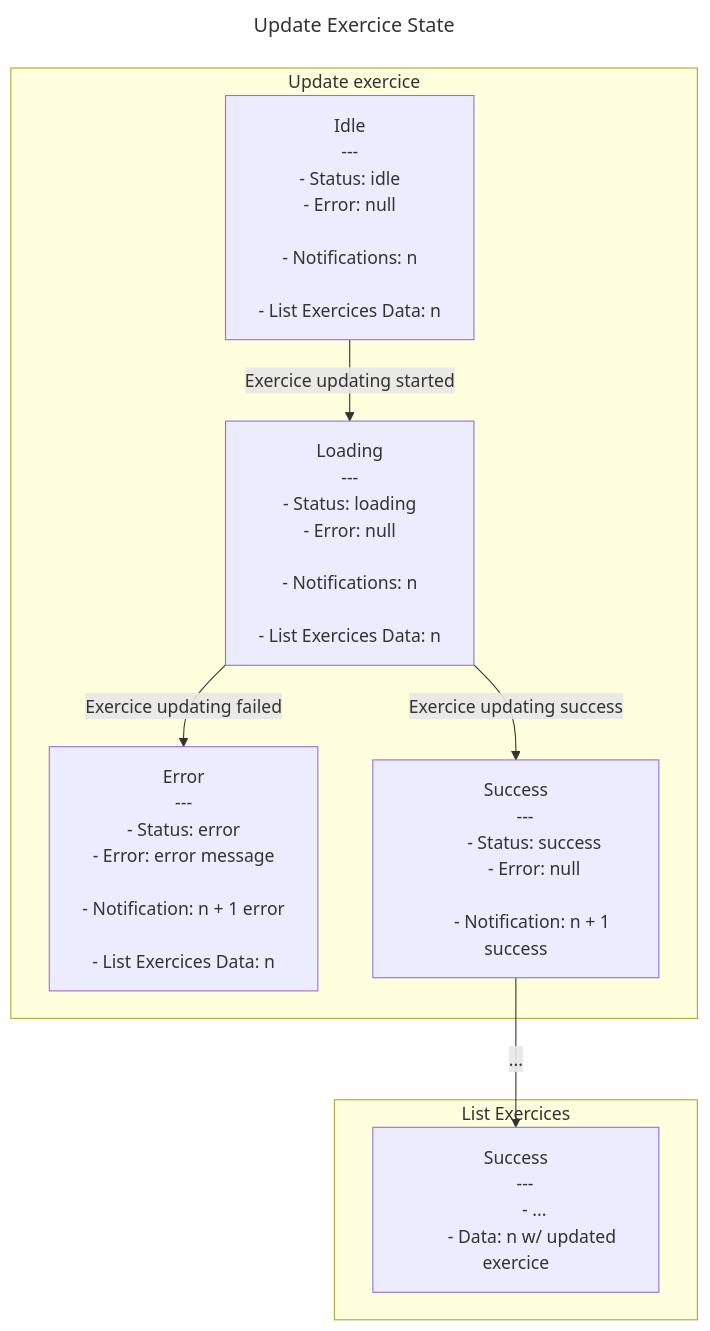
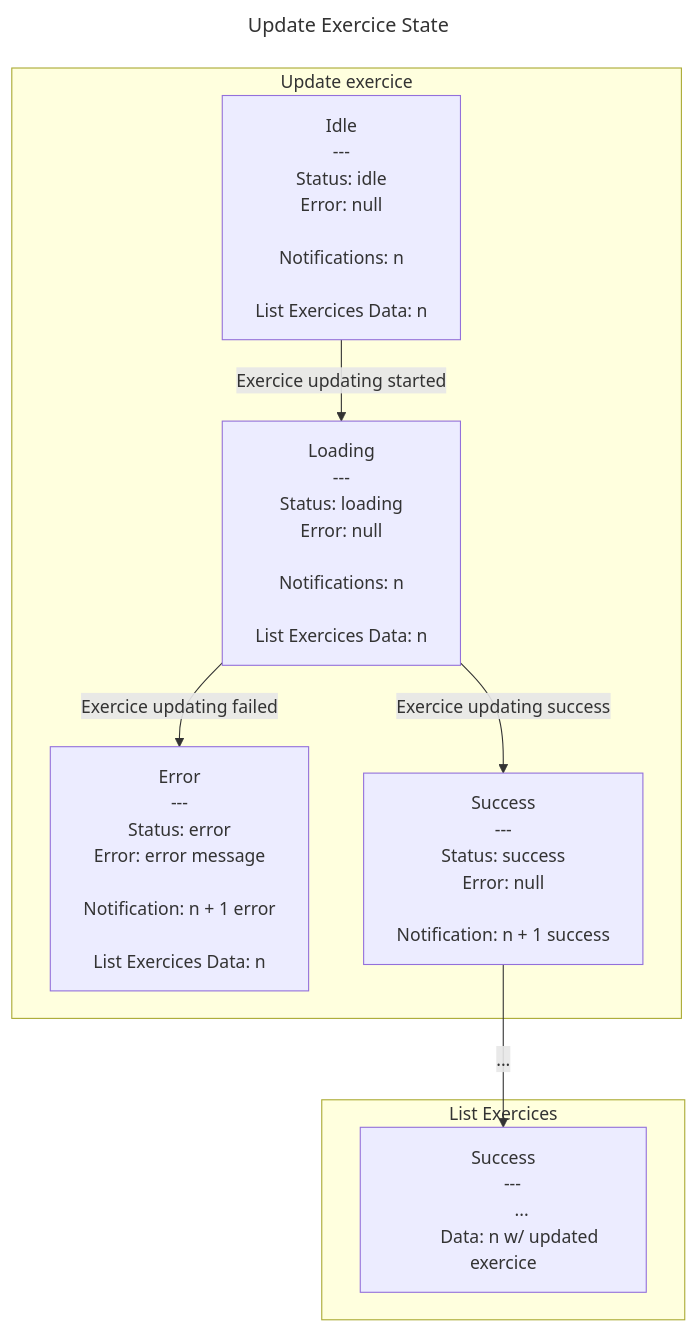
Before and after one commit to davidroberto/react-redux-clean-architecture-tdd-eda-vertical-slices: the diagram in src/exercice/features/update-exercice/update-exercice.state-machine.md, drawn with Mermaid. The commit also changed 5 other files, not shown here.

Commit message:
doc: update fsm diagram for prevent the list md render error

````diff
--- a/src/exercice/features/update-exercice/update-exercice.state-machine.md
+++ b/src/exercice/features/update-exercice/update-exercice.state-machine.md
@@ -1,65 +1,65 @@
 ```mermaid
 ---
 title: Update Exercice State
 ---
 flowchart TD
 
 A[
     Idle
     ---
-        - Status: idle
-        - Error: null
+        Status: idle
+        Error: null
     
-        - Notifications: n
+        Notifications: n
 
-        - List Exercices Data: n
+        List Exercices Data: n
 ]
 
 B[
     Loading
     ---
-        - Status: loading
-        - Error: null
+        Status: loading
+        Error: null
         
-        - Notifications: n
+        Notifications: n
 
-        - List Exercices Data: n
+        List Exercices Data: n
 ]
 
 C[
     Error
     ---
-        - Status: error
-        - Error: error message
+        Status: error
+        Error: error message
     
-        - Notification: n + 1 error
+        Notification: n + 1 error
         
-        - List Exercices Data: n
+        List Exercices Data: n
     ]
 
 D[
     Success
     ---
-        - Status: success
-        - Error: null
+        Status: success
+        Error: null
     
-        - Notification: n + 1 success
+        Notification: n + 1 success
 ]
 
 E[
     Success
     ---
-        - ...
-        - Data: n w/ updated exercice
+        ...
+        Data: n w/ updated exercice
 ]
 
 subgraph Update exercice
     A -->|Exercice updating started|B
     B -->|Exercice updating failed|C
     B -->|Exercice updating success|D
 end
 
 subgraph List Exercices
     D -->|...|E
 end
 ```
````
